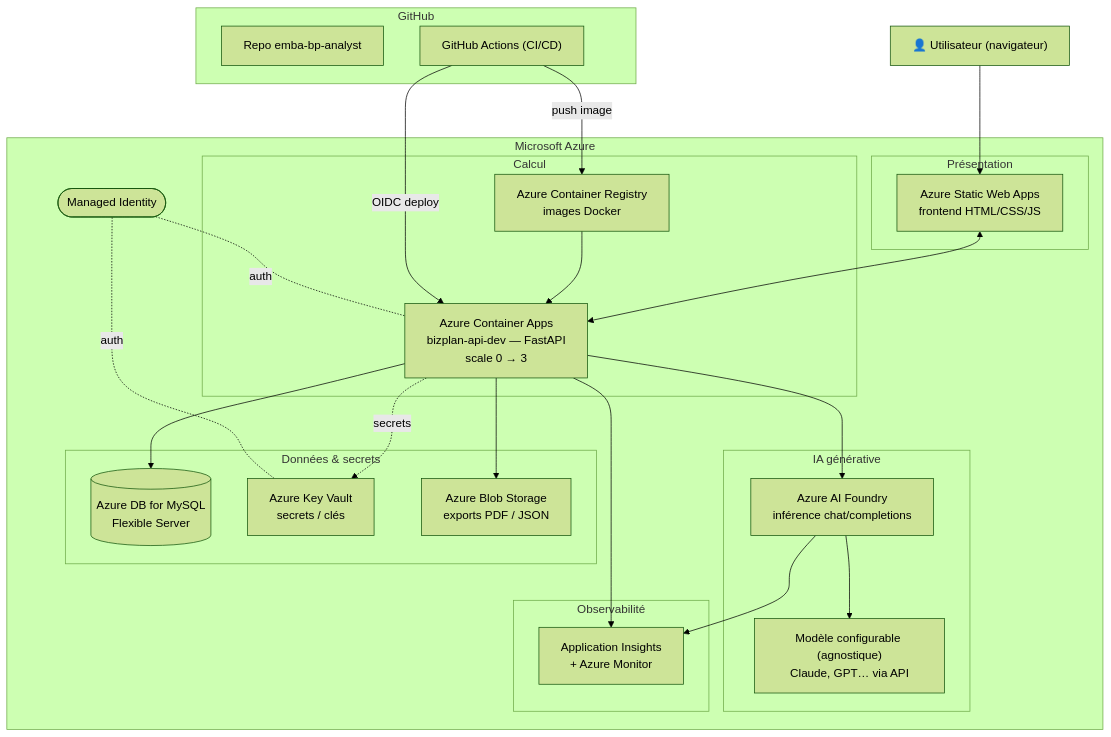
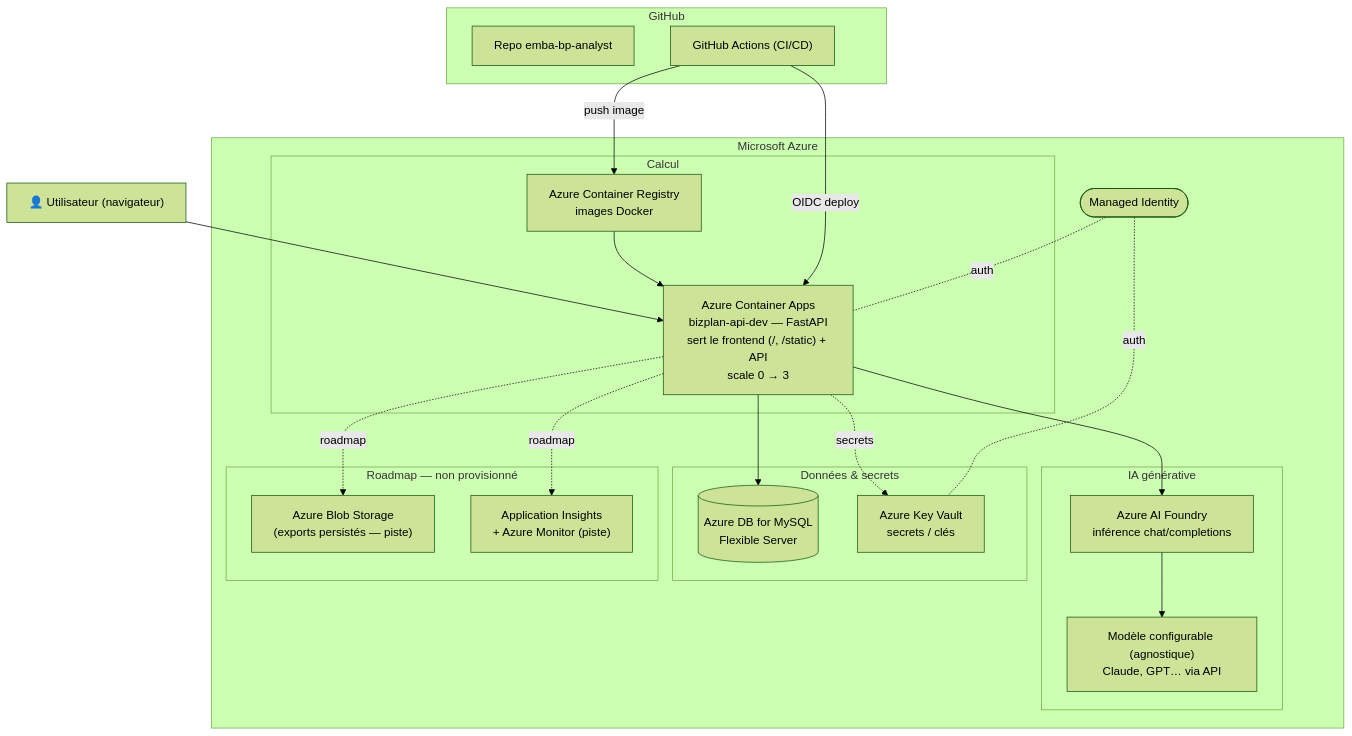
Before and after one commit to BenjGue/emba-bp-analyst: the first of 3 diagrams in docs/diagrammes.md, drawn with Mermaid (forest theme). The commit also changed other lines of this file and 4 other files, not shown here.

Commit message:
docs: aligne la doc sur l'implementation reelle (frontend FastAPI, exports a la volee, infra non provisionnee en roadmap, scenarios bas/median/haut, seuils Go/No-Go) (BIZ-92)

````diff
--- a/docs/diagrammes.md
+++ b/docs/diagrammes.md
@@ -21,47 +21,42 @@
 ```mermaid
 flowchart TB
     user["👤 Utilisateur (navigateur)"]
 
     subgraph GH["GitHub"]
       repo["Repo emba-bp-analyst"]
       actions["GitHub Actions (CI/CD)"]
     end
 
     subgraph AZ["Microsoft Azure"]
-      subgraph FRONT["Présentation"]
-        swa["Azure Static Web Apps<br/>frontend HTML/CSS/JS"]
-      end
       subgraph COMPUTE["Calcul"]
-        aca["Azure Container Apps<br/>bizplan-api-dev — FastAPI<br/>scale 0 → 3"]
+        aca["Azure Container Apps<br/>bizplan-api-dev — FastAPI<br/>sert le frontend (/, /static) + API<br/>scale 0 → 3"]
         acr["Azure Container Registry<br/>images Docker"]
       end
       subgraph AISVC["IA générative"]
         foundry["Azure AI Foundry<br/>inférence chat/completions"]
         claude["Modèle configurable (agnostique)<br/>Claude, GPT… via API"]
       end
       subgraph DATA["Données & secrets"]
         mysql[("Azure DB for MySQL<br/>Flexible Server")]
         kv["Azure Key Vault<br/>secrets / clés"]
-        blob["Azure Blob Storage<br/>exports PDF / JSON"]
       end
-      subgraph OBS["Observabilité"]
-        appi["Application Insights<br/>+ Azure Monitor"]
+      subgraph ROADMAP["Roadmap — non provisionné"]
+        blob["Azure Blob Storage<br/>(exports persistés — piste)"]
+        appi["Application Insights<br/>+ Azure Monitor (piste)"]
       end
       mi(["Managed Identity"])
     end
 
-    user --> swa
-    swa <--> aca
+    user --> aca
     actions -->|push image| acr
     acr --> aca
     actions -->|OIDC deploy| aca
     aca --> mysql
     aca --> foundry
     foundry --> claude
-    aca --> blob
     aca -. secrets .-> kv
-    aca --> appi
-    foundry --> appi
+    aca -. roadmap .-> blob
+    aca -. roadmap .-> appi
     mi -. auth .- aca
     mi -. auth .- kv
 ```
````
